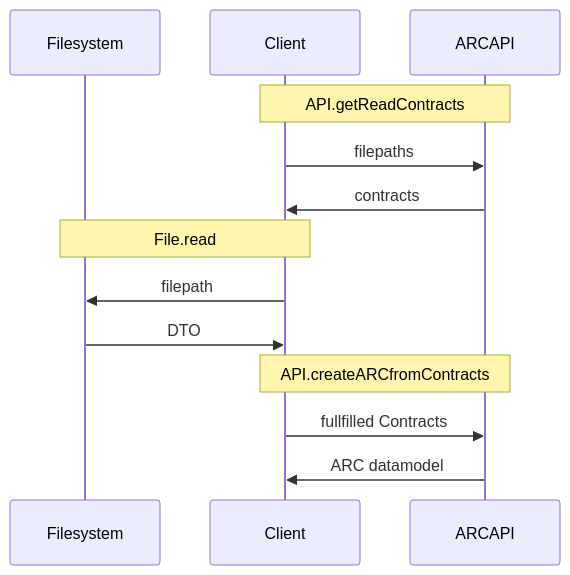
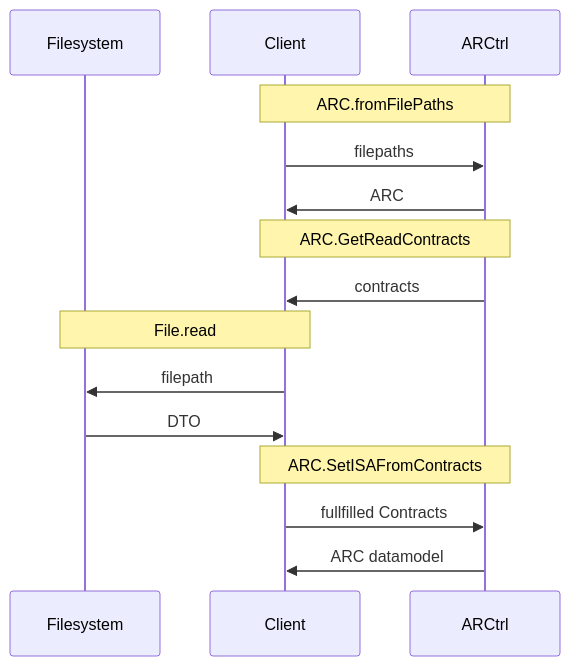
Before and after one commit to nfdi4plants/ARCtrl: the fourth of 7 diagrams in docs/DesignPrinciples.md, drawn with Mermaid. The commit also changed 5 other files, not shown here.

````diff
--- a/docs/DesignPrinciples.md
+++ b/docs/DesignPrinciples.md
@@ -196,19 +196,22 @@
   ```mermaid
   sequenceDiagram
 
   participant Filesystem
   participant Client
-  participant ARCAPI
-  
-  Note over Client,ARCAPI: API.getReadContracts
-  Client->>ARCAPI: filepaths
-  ARCAPI->>Client: contracts
-  
+  participant ARCtrl
+
+  Note over Client,ARCtrl: ARC.fromFilePaths
+  Client->>ARCtrl: filepaths
+  ARCtrl->>Client: ARC
+
+  Note over Client,ARCtrl: ARC.GetReadContracts
+  ARCtrl->>Client: contracts
+
   Note over Client,Filesystem: File.read
   Client->>Filesystem: filepath
   Filesystem->>Client: DTO
-  
-  Note over Client,ARCAPI: API.createARCfromContracts
-  Client->>ARCAPI: fullfilled Contracts
-  ARCAPI->>Client: ARC datamodel
+
+  Note over Client,ARCtrl: ARC.SetISAFromContracts
+  Client->>ARCtrl: fullfilled Contracts
+  ARCtrl->>Client: ARC datamodel
   ```
````
